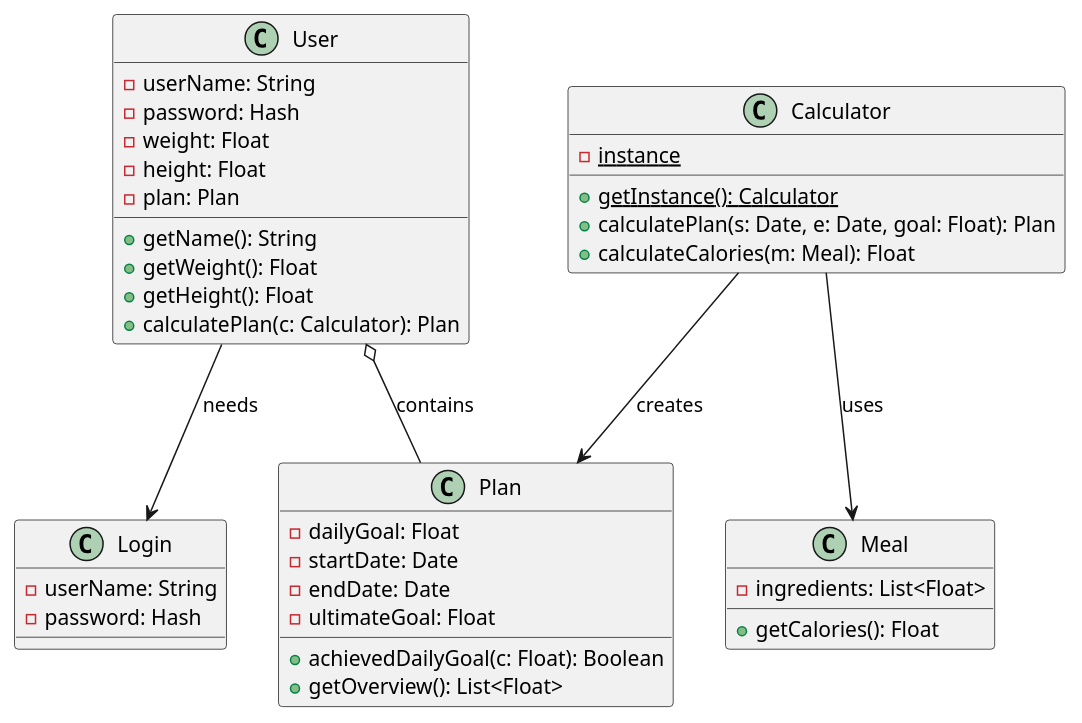
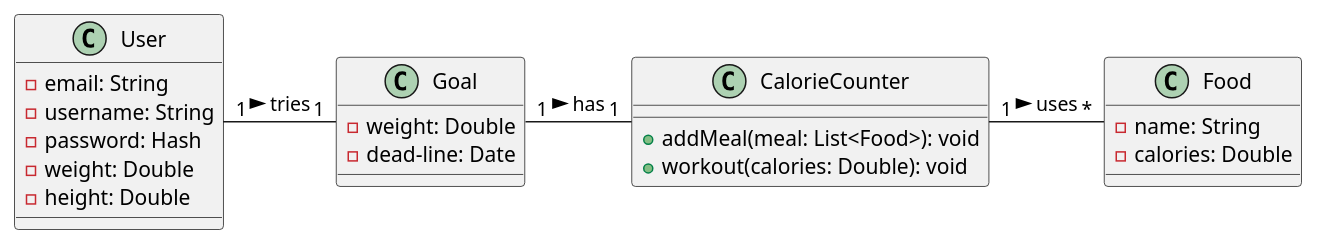
The diagram in asciidocs/plantuml/Klassendiagramm.puml (2223-3bhif-syp/02-projekte-CalorieCounter), drawn with PlantUML before and after one commit.

Commit message:
Update classdiagramm (stable): changed old version

```diff
--- a/asciidocs/plantuml/Klassendiagramm.puml
+++ b/asciidocs/plantuml/Klassendiagramm.puml
@@ -1,42 +1,32 @@
 @startuml
 
+top to bottom direction
+
 class User {
-    - userName: String
+    - email: String
+    - username: String
     - password: Hash
-    - weight: Float
-    - height: Float
-    - plan: Plan
-    + getName(): String
-    + getWeight(): Float
-    + getHeight(): Float
-    + calculatePlan(c: Calculator): Plan
-}
-class Plan {
-    - dailyGoal: Float
-    - startDate: Date
-    - endDate: Date
-    - ultimateGoal: Float
-    + achievedDailyGoal(c: Float): Boolean
-    + getOverview(): List<Float>
-}
-class Login {
-    - userName: String
-    - password: Hash
-}
-class Calculator {
-    - {static} instance
-    + {static} getInstance(): Calculator
-    + calculatePlan(s: Date, e: Date, goal: Float): Plan
-    + calculateCalories(m: Meal): Float
-}
-class Meal {
-    - ingredients: List<Float>
-    + getCalories(): Float
+    - weight: Double
+    - height: Double
 }
 
-Calculator --> Plan : creates
-Calculator --> Meal : uses
-User o-- Plan : contains
-User --> Login : needs
+class Goal {
+    - weight: Double
+    - dead-line: Date
+}
+
+class Food {
+    - name: String
+    - calories: Double
+}
+
+class CalorieCounter {
+    + addMeal(meal: List<Food>): void
+    + workout(calories: Double): void
+}
+
+User "1" - "1" Goal : > tries
+Goal "1" - "1" CalorieCounter : > has
+CalorieCounter "1" - "*" Food : > uses
 
 @enduml
```
